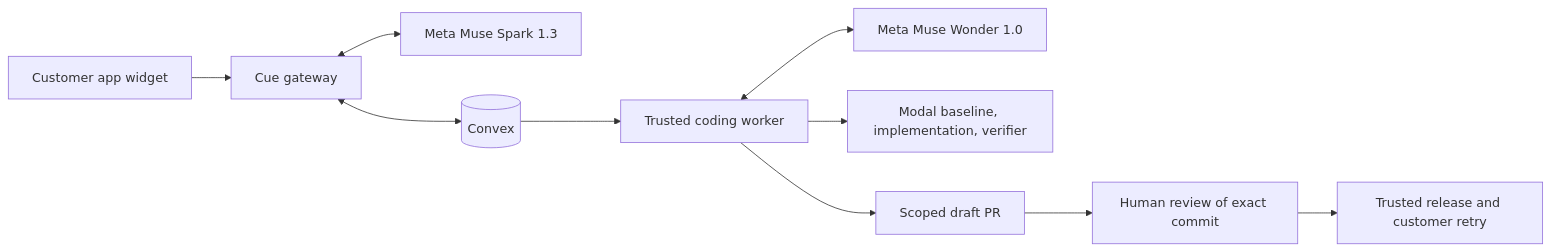
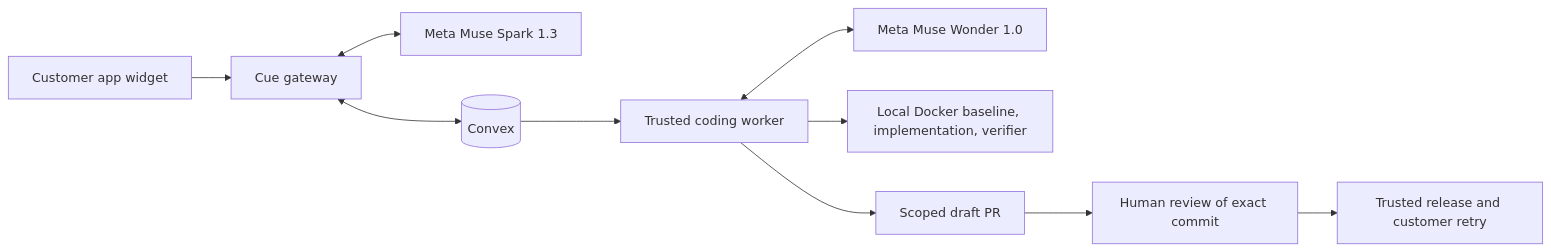
Before and after one commit to AvichalDwivedi2205/cue-fde: the diagram in README.md, drawn with Mermaid. The commit also changed other lines of this file and 38 other files, not shown here.

Commit message:
Replace Modal with isolated local Docker coding execution

````diff
--- a/README.md
+++ b/README.md
@@ -9,12 +9,12 @@
 ```mermaid
 flowchart LR
   App[Customer app widget] --> Web[Cue gateway]
   Web <--> Spark[Meta Muse Spark 1.3]
   Web <--> DB[(Convex)]
   DB --> Worker[Trusted coding worker]
   Worker <--> Wonder[Meta Muse Wonder 1.0]
-  Worker --> Modal[Modal baseline, implementation, verifier]
+  Worker --> Docker[Local Docker baseline, implementation, verifier]
   Worker --> PR[Scoped draft PR]
   PR --> Review[Human review of exact commit]
   Review --> Release[Trusted release and customer retry]
 ```
````
